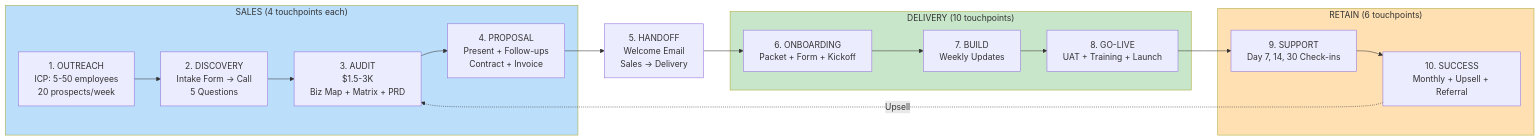
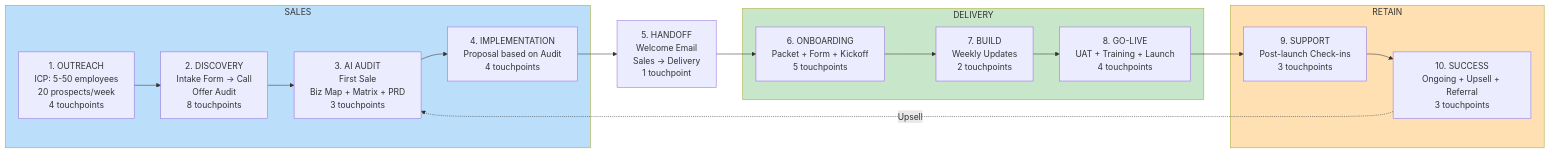
Before and after one commit to mekaielabdullahi/ai-agency-sales-os: the second of 3 diagrams in customer-journey-mermaid.md, drawn with Mermaid. The commit also changed other lines of this file, not shown here.

First line of the commit message:
Fix customer journey flow and remove timeline references

````diff
--- a/customer-journey-mermaid.md
+++ b/customer-journey-mermaid.md
@@ -186,33 +194,33 @@
 ```mermaid
 flowchart LR
-    subgraph SALES["SALES (4 touchpoints each)"]
-        A1[1. OUTREACH<br/>ICP: 5-50 employees<br/>20 prospects/week]
-        A2[2. DISCOVERY<br/>Intake Form → Call<br/>5 Questions]
-        A3[3. AUDIT<br/>$1.5-3K<br/>Biz Map + Matrix + PRD]
-        A4[4. PROPOSAL<br/>Present + Follow-ups<br/>Contract + Invoice]
+    subgraph SALES["SALES"]
+        A1[1. OUTREACH<br/>ICP: 5-50 employees<br/>20 prospects/week<br/>4 touchpoints]
+        A2[2. DISCOVERY<br/>Intake Form → Call<br/>Offer Audit<br/>8 touchpoints]
+        A3[3. AI AUDIT<br/>First Sale<br/>Biz Map + Matrix + PRD<br/>3 touchpoints]
+        A4[4. IMPLEMENTATION<br/>Proposal based on Audit<br/>4 touchpoints]
         A1 --> A2 --> A3 --> A4
     end
 
-    B[5. HANDOFF<br/>Welcome Email<br/>Sales → Delivery]
+    B[5. HANDOFF<br/>Welcome Email<br/>Sales → Delivery<br/>1 touchpoint]
 
-    subgraph DELIVERY["DELIVERY (10 touchpoints)"]
-        C1[6. ONBOARDING<br/>Packet + Form + Kickoff]
-        C2[7. BUILD<br/>Weekly Updates]
-        C3[8. GO-LIVE<br/>UAT + Training + Launch]
+    subgraph DELIVERY["DELIVERY"]
+        C1[6. ONBOARDING<br/>Packet + Form + Kickoff<br/>5 touchpoints]
+        C2[7. BUILD<br/>Weekly Updates<br/>2 touchpoints]
+        C3[8. GO-LIVE<br/>UAT + Training + Launch<br/>4 touchpoints]
         C1 --> C2 --> C3
     end
 
-    subgraph RETAIN["RETAIN (6 touchpoints)"]
-        D1[9. SUPPORT<br/>Day 7, 14, 30 Check-ins]
-        D2[10. SUCCESS<br/>Monthly + Upsell + Referral]
+    subgraph RETAIN["RETAIN"]
+        D1[9. SUPPORT<br/>Post-launch Check-ins<br/>3 touchpoints]
+        D2[10. SUCCESS<br/>Ongoing + Upsell + Referral<br/>3 touchpoints]
         D1 --> D2
     end
 
     A4 --> B --> C1
     C3 --> D1
     D2 -.->|Upsell| A3
 
     style SALES fill:#bbdefb
     style DELIVERY fill:#c8e6c9
     style RETAIN fill:#ffe0b2
 ```
````
